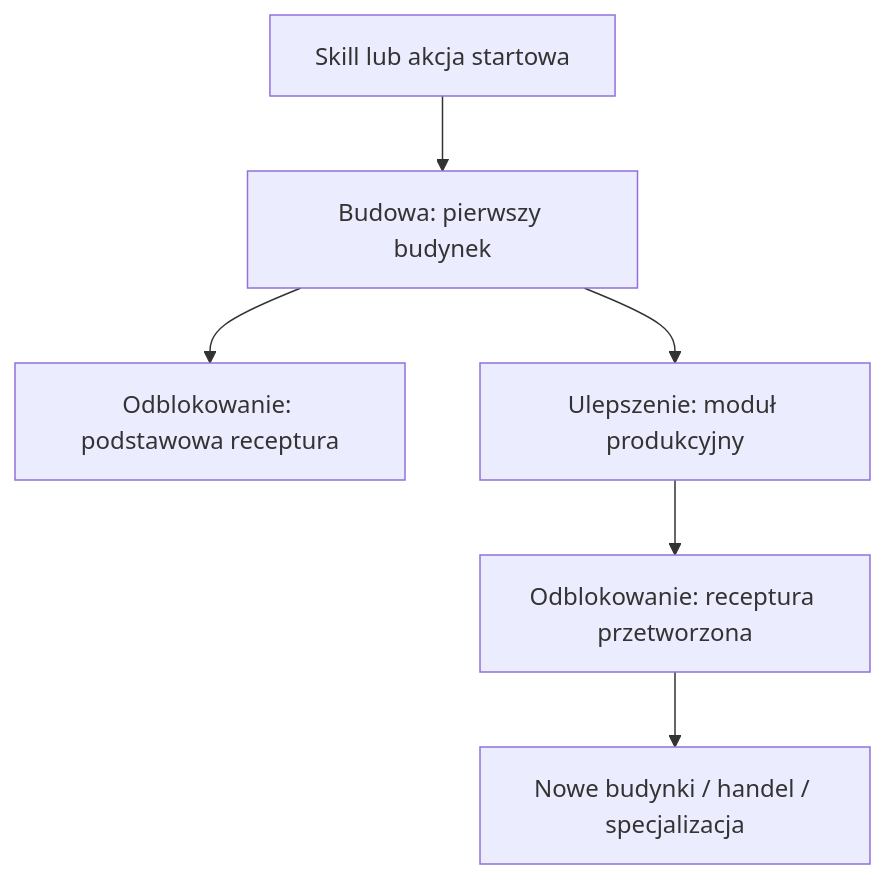
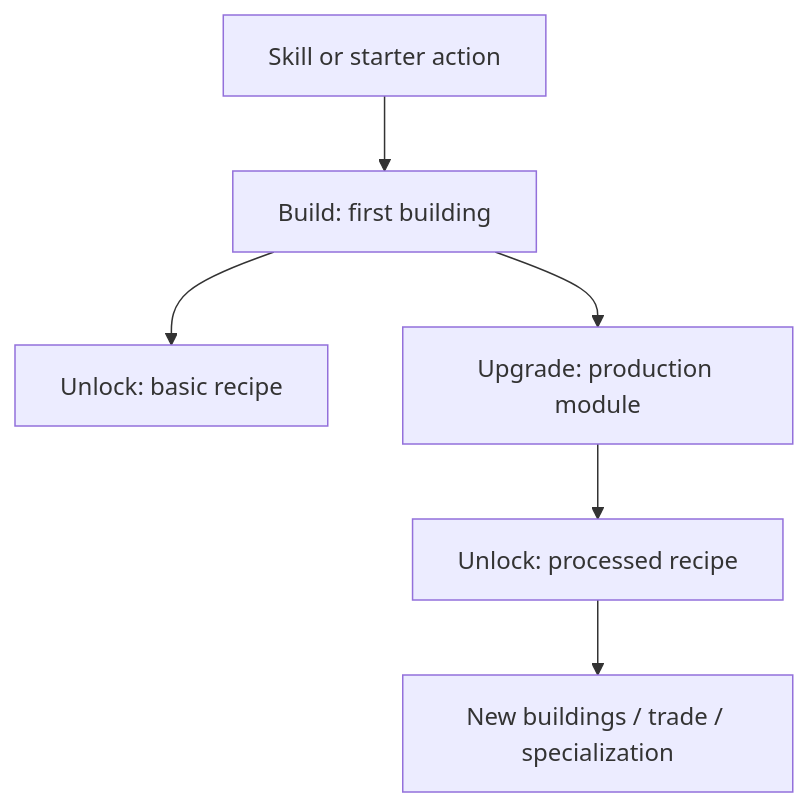
Before and after one commit to msosnowski1997/RobloxGameIdea: the second of 2 diagrams in docs/production-chains/00-template.md, drawn with Mermaid. The commit also changed other lines of this file and 34 other files, not shown here.

````diff
--- a/docs/production-chains/00-template.md
+++ b/docs/production-chains/00-template.md
@@ -41,8 +41,8 @@
 ```mermaid
 flowchart TD
-    A["Skill lub akcja startowa"] --> B["Budowa: pierwszy budynek"]
-    B --> C["Odblokowanie: podstawowa receptura"]
-    B --> D["Ulepszenie: moduł produkcyjny"]
-    D --> E["Odblokowanie: receptura przetworzona"]
-    E --> F["Nowe budynki / handel / specjalizacja"]
+    A["Skill or starter action"] --> B["Build: first building"]
+    B --> C["Unlock: basic recipe"]
+    B --> D["Upgrade: production module"]
+    D --> E["Unlock: processed recipe"]
+    E --> F["New buildings / trade / specialization"]
 ```
````
